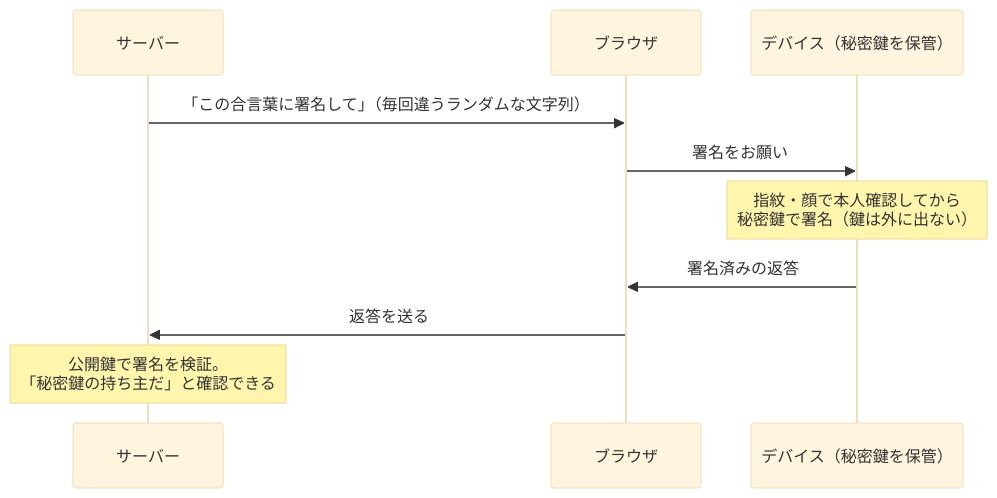
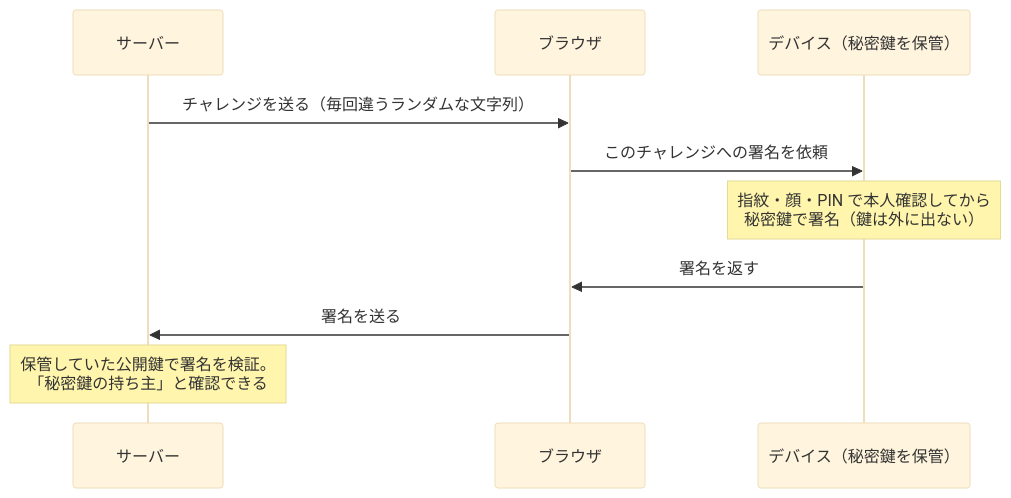
One commit to ozaki25/web-front-training-ozaki25 changed the first of 2 diagrams in docs/drafts/087/index.md. Above: the diagram before and after it, drawn with Mermaid (base theme). The commit also changed other lines of this file and 2 other files, not shown here.

Commit message:
セキュリティ下書き増補: 053 OAuth/OIDC・087 パスキー・054 npm を15分密度へ(認可コードフロー精緻化・署名とドメイン照合図・npm v12のinstallスクリプト既定無効まで反映)

````diff
--- a/docs/drafts/087/index.md
+++ b/docs/drafts/087/index.md
@@ -40,12 +46,12 @@
 ```mermaid
 sequenceDiagram
   participant S as サーバー
   participant B as ブラウザ
   participant D as デバイス（秘密鍵を保管）
-  S->>B: 「この合言葉に署名して」（毎回違うランダムな文字列）
-  B->>D: 署名をお願い
-  Note over D: 指紋・顔で本人確認してから<br>秘密鍵で署名（鍵は外に出ない）
-  D->>B: 署名済みの返答
-  B->>S: 返答を送る
-  Note over S: 公開鍵で署名を検証。<br>「秘密鍵の持ち主だ」と確認できる
+  S->>B: チャレンジを送る（毎回違うランダムな文字列）
+  B->>D: このチャレンジへの署名を依頼
+  Note over D: 指紋・顔・PIN で本人確認してから<br>秘密鍵で署名（鍵は外に出ない）
+  D->>B: 署名を返す
+  B->>S: 署名を送る
+  Note over S: 保管していた公開鍵で署名を検証。<br>「秘密鍵の持ち主」と確認できる
 ```
````
